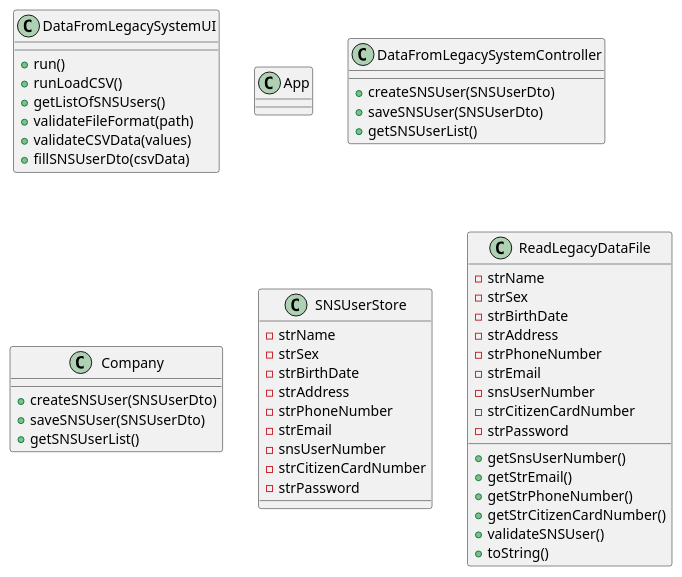
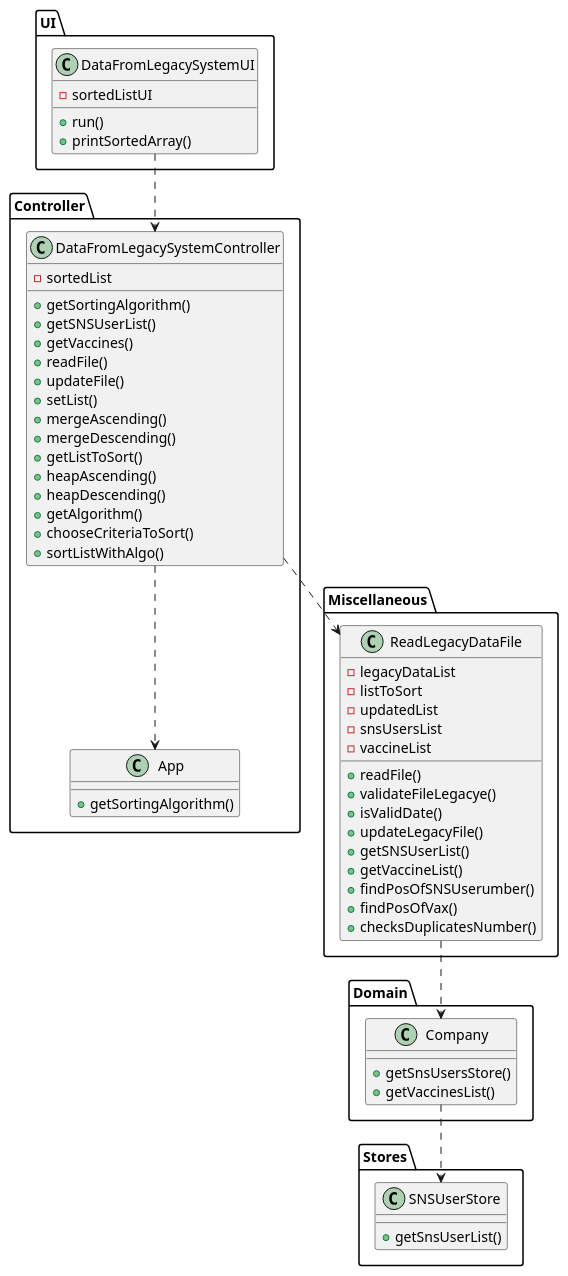
Before and after one commit to Pirussa/lei-22-s2-1da-g02: the diagram in docs/SprintD/US017/US017_CD.puml, drawn with PlantUML. The commit also changed 4 other files, not shown here.

```diff
--- a/docs/SprintD/US017/US017_CD.puml
+++ b/docs/SprintD/US017/US017_CD.puml
@@ -1,63 +1,80 @@
 @startuml
 'https://plantuml.com/class-diagram
 
+package UI {
 class DataFromLegacySystemUI{
+-sortedListUI
 +run()
-+runLoadCSV()
-+getListOfSNSUsers()
-+validateFileFormat(path)
-+validateCSVData(values)
-+fillSNSUserDto(csvData)
++printSortedArray()
+}
 }
 
+package Controller {
 class App{
++getSortingAlgorithm()
 }
 
 class DataFromLegacySystemController{
-+createSNSUser(SNSUserDto)
-+saveSNSUser(SNSUserDto)
++getSortingAlgorithm()
 +getSNSUserList()
++getVaccines()
++readFile()
++updateFile()
++setList()
++mergeAscending()
++mergeDescending()
++getListToSort()
++heapAscending()
++heapDescending()
++getAlgorithm()
++chooseCriteriaToSort()
++sortListWithAlgo()
+-sortedList
+}
 }
 
+package Domain {
 class Company{
-+createSNSUser(SNSUserDto)
-+saveSNSUser(SNSUserDto)
-+getSNSUserList()
++getSnsUsersStore()
++getVaccinesList()
+}
 }
 
+package Stores {
 class SNSUserStore{
--strName
--strSex
--strBirthDate
--strAddress
--strPhoneNumber
--strEmail
--snsUserNumber
--strCitizenCardNumber
--strPassword
++getSnsUserList()
+}
 }
 
+package Miscellaneous{
 class ReadLegacyDataFile{
--strName
--strSex
--strBirthDate
--strAddress
--strPhoneNumber
--strEmail
--snsUserNumber
--strCitizenCardNumber
--strPassword
-+getSnsUserNumber()
-+getStrEmail()
-+getStrPhoneNumber()
-+getStrCitizenCardNumber()
-+validateSNSUser()
-+toString()
++readFile()
++validateFileLegacye()
++isValidDate()
++updateLegacyFile()
++getSNSUserList()
++getVaccineList()
++findPosOfSNSUserumber()
++findPosOfVax()
++checksDuplicatesNumber()
+-legacyDataList
+-listToSort
+-updatedList
+-snsUsersList
+-vaccineList
+}
 }
 
+DataFromLegacySystemUI ..> DataFromLegacySystemController
 
+DataFromLegacySystemController ..> App
 
+DataFromLegacySystemController ..> ReadLegacyDataFile
+
+ReadLegacyDataFile ..> Company
+
+Company ..> SNSUserStore
 
 
 
 @enduml
```
